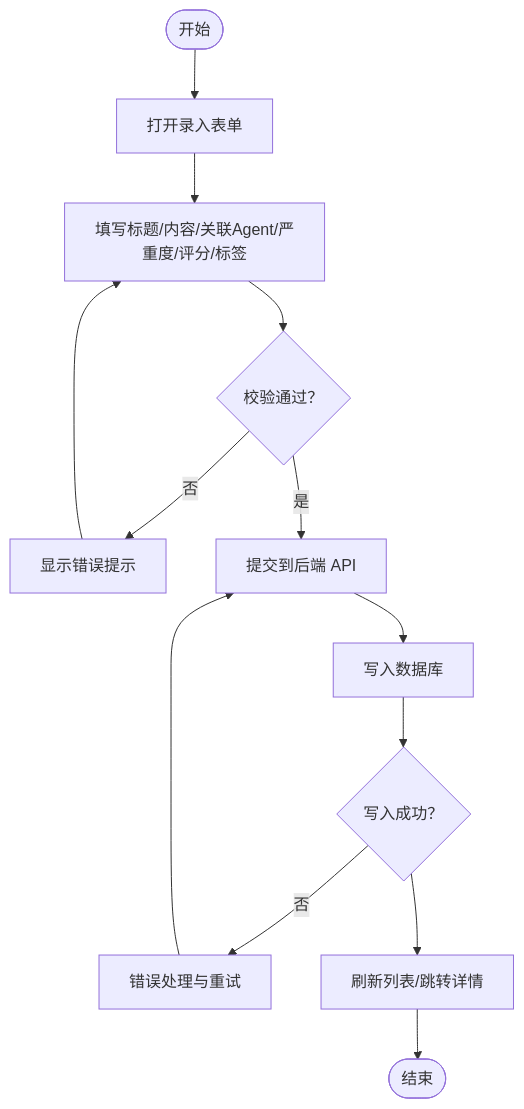
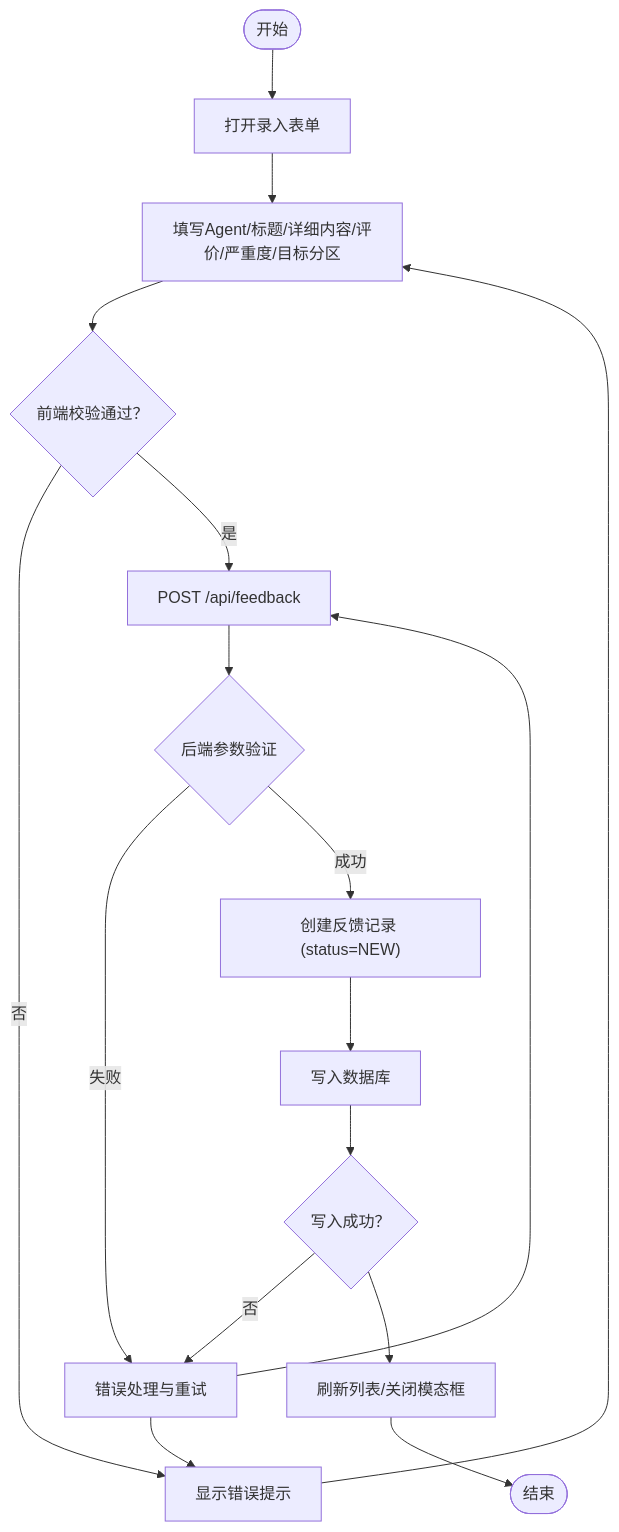
Before and after one commit to ai-guru-global/agent-up: the fourth of 6 diagrams in .qoder/repowiki/zh/content/功能模块/反馈中心.md, drawn with Mermaid. The commit also changed other lines of this file and 57 other files, not shown here.

````diff
--- a/.qoder/repowiki/zh/content/功能模块/反馈中心.md
+++ b/.qoder/repowiki/zh/content/功能模块/反馈中心.md
@@ -245,15 +281,19 @@
 ```mermaid
 flowchart TD
 Start(["开始"]) --> OpenForm["打开录入表单"]
-OpenForm --> FillFields["填写标题/内容/关联Agent/严重度/评分/标签"]
-FillFields --> Validate{"校验通过？"}
+OpenForm --> FillFields["填写Agent/标题/详细内容/评价/严重度/目标分区"]
+FillFields --> Validate{"前端校验通过？"}
 Validate --> |否| ShowError["显示错误提示"]
 ShowError --> FillFields
-Validate --> |是| Submit["提交到后端 API"]
-Submit --> Persist["写入数据库"]
+Validate --> |是| Submit["POST /api/feedback"]
+Submit --> ServerValidate{"后端参数验证"}
+ServerValidate --> |失败| HandleError["返回验证错误"]
+HandleError --> ShowError
+ServerValidate --> |成功| CreateRecord["创建反馈记录 (status=NEW)"]
+CreateRecord --> Persist["写入数据库"]
 Persist --> Success{"写入成功？"}
 Success --> |否| HandleError["错误处理与重试"]
 HandleError --> Submit
-Success --> Refresh["刷新列表/跳转详情"]
+Success --> Refresh["刷新列表/关闭模态框"]
 Refresh --> End(["结束"])
 ```
````
